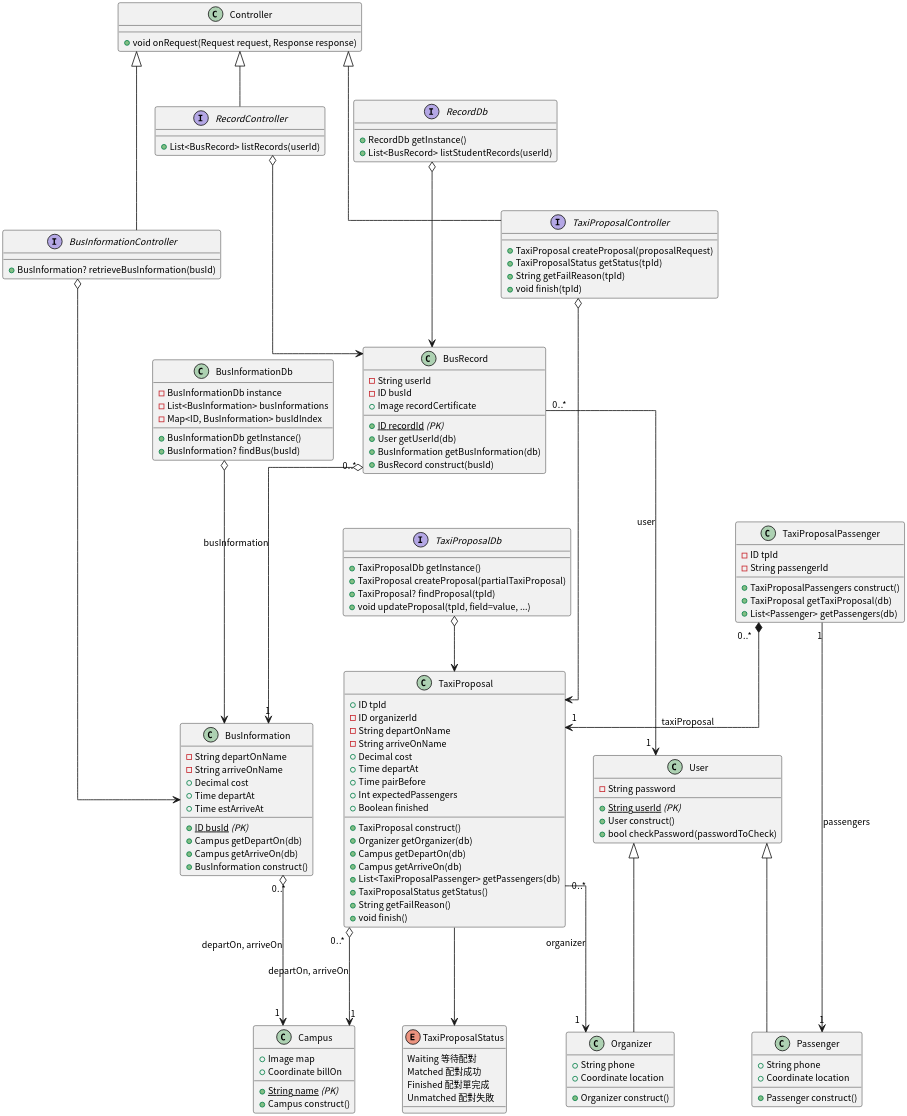
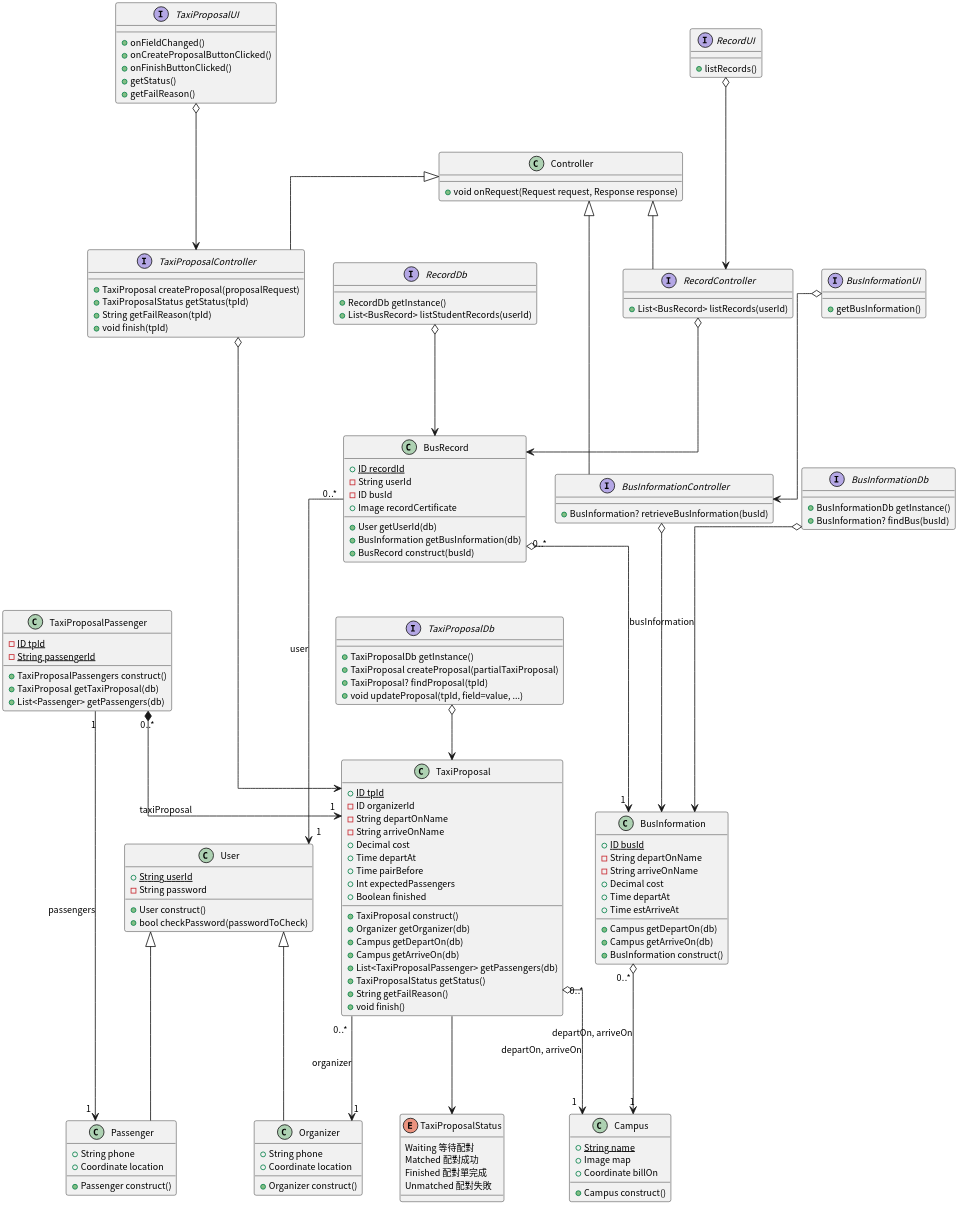
The diagram in semester-4/system-analysis/class-diagram.plantuml (pan93412/nkust-homework), drawn with PlantUML before and after one commit. The commit also changed 2 other files, not shown here.

Commit message:
s4: system-analysis: class-diagram: Clean up

```diff
--- a/semester-4/system-analysis/class-diagram.plantuml
+++ b/semester-4/system-analysis/class-diagram.plantuml
@@ -1,151 +1,167 @@
 @startuml ClassDiagram
 
 skinparam linetype ortho
 skinparam dpi 300
 skinparam defaultFontSize 11
 skinparam defaultFontName "Noto Sans CJK TC"
 
 
 class User {
-    +<u>String userId</u> <i>(PK)</i>
+    +<u>String userId</u>
     -String password
     +User construct()
     +bool checkPassword(passwordToCheck)
 }
 
 class Passenger {
     +String phone
     +Coordinate location
     +Passenger construct()
 }
 User <|--- Passenger
 
 class Organizer {
     +String phone
     +Coordinate location
     +Organizer construct()
 }
 User <|--- Organizer
 
+interface RecordUI {
+    +listRecords()
+}
+RecordUI o---> RecordController
+
 interface RecordController {
     +List<BusRecord> listRecords(userId)
 }
 RecordController o---> BusRecord
 
 interface RecordDb {
     +RecordDb getInstance()
     +List<BusRecord> listStudentRecords(userId)
 }
 RecordDb o---> BusRecord
 
 class BusRecord {
-    +<u>ID recordId</u> <i>(PK)</i>
+    +<u>ID recordId</u>
     -String userId
     -ID busId
     +Image recordCertificate
     +User getUserId(db)
     +BusInformation getBusInformation(db)
     +BusRecord construct(busId)
 }
 BusRecord "0..*" ---> "1" User: user
 BusRecord "0..*" o---> "1" BusInformation: busInformation
 
+interface BusInformationUI {
+    +getBusInformation()
+}
+BusInformationUI o---> BusInformationController
+
 interface BusInformationController {
     +BusInformation? retrieveBusInformation(busId)
 }
 BusInformationController o---> BusInformation
 
-class BusInformationDb {
-    -BusInformationDb instance
-    -List<BusInformation> busInformations
-    -Map<ID, BusInformation> busIdIndex
+interface BusInformationDb {
     +BusInformationDb getInstance()
     +BusInformation? findBus(busId)
 }
 BusInformationDb o---> BusInformation
 
 class BusInformation {
-    +<u>ID busId</u> <i>(PK)</i>
+    +<u>ID busId</u>
     -String departOnName
     -String arriveOnName
     +Decimal cost
     +Time departAt
     +Time estArriveAt
     +Campus getDepartOn(db)
     +Campus getArriveOn(db)
     +BusInformation construct()
 }
 BusInformation "0..*" o---> "1" Campus: departOn, arriveOn
 
 class Campus {
-    +<u>String name</u> <i>(PK)</i>
+    +<u>String name</u>
     +Image map
     +Coordinate billOn
     +Campus construct()
 }
 
 class TaxiProposalPassenger {
-    -ID tpId
-    -String passengerId
+    -<u>ID tpId</u>
+    -<u>String passengerId</u>
     +TaxiProposalPassengers construct()
     +TaxiProposal getTaxiProposal(db)
     +List<Passenger> getPassengers(db)
 }
 TaxiProposalPassenger "1" --> "1" Passenger: passengers
 TaxiProposalPassenger "0..*" *--> "1" TaxiProposal: taxiProposal
+
+interface TaxiProposalUI {
+    +onFieldChanged()
+    +onCreateProposalButtonClicked()
+    +onFinishButtonClicked()
+    +getStatus()
+    +getFailReason()
+}
+TaxiProposalUI o---> TaxiProposalController
 
 interface TaxiProposalController {
     +TaxiProposal createProposal(proposalRequest)
     +TaxiProposalStatus getStatus(tpId)
     +String getFailReason(tpId)
     +void finish(tpId)
 }
 TaxiProposalController o--> TaxiProposal
 
 interface TaxiProposalDb {
     +TaxiProposalDb getInstance()
     +TaxiProposal createProposal(partialTaxiProposal)
     +TaxiProposal? findProposal(tpId)
     +void updateProposal(tpId, field=value, ...)
 }
 TaxiProposalDb o--> TaxiProposal
 
 class TaxiProposal {
-    +ID tpId
+    +<u>ID tpId</u>
     -ID organizerId
     -String departOnName
     -String arriveOnName
     +Decimal cost
     +Time departAt
     +Time pairBefore
     +Int expectedPassengers
     +Boolean finished
 
     +TaxiProposal construct()
     +Organizer getOrganizer(db)
     +Campus getDepartOn(db)
     +Campus getArriveOn(db)
     +List<TaxiProposalPassenger> getPassengers(db)
     +TaxiProposalStatus getStatus()
     +String getFailReason()
     +void finish()
 }
 TaxiProposal "0..*" o--> "1" Campus: departOn, arriveOn
 TaxiProposal "0..*" ---> "1" Organizer: organizer
 TaxiProposal ---> TaxiProposalStatus
 
 enum TaxiProposalStatus {
     Waiting 等待配對
     Matched 配對成功
     Finished 配對單完成
     Unmatched 配對失敗
 }
 
 class Controller {
     +void onRequest(Request request, Response response)
 }
 Controller <|-- RecordController
 Controller <|-- BusInformationController
 Controller <|-- TaxiProposalController
 
 @enduml
```
